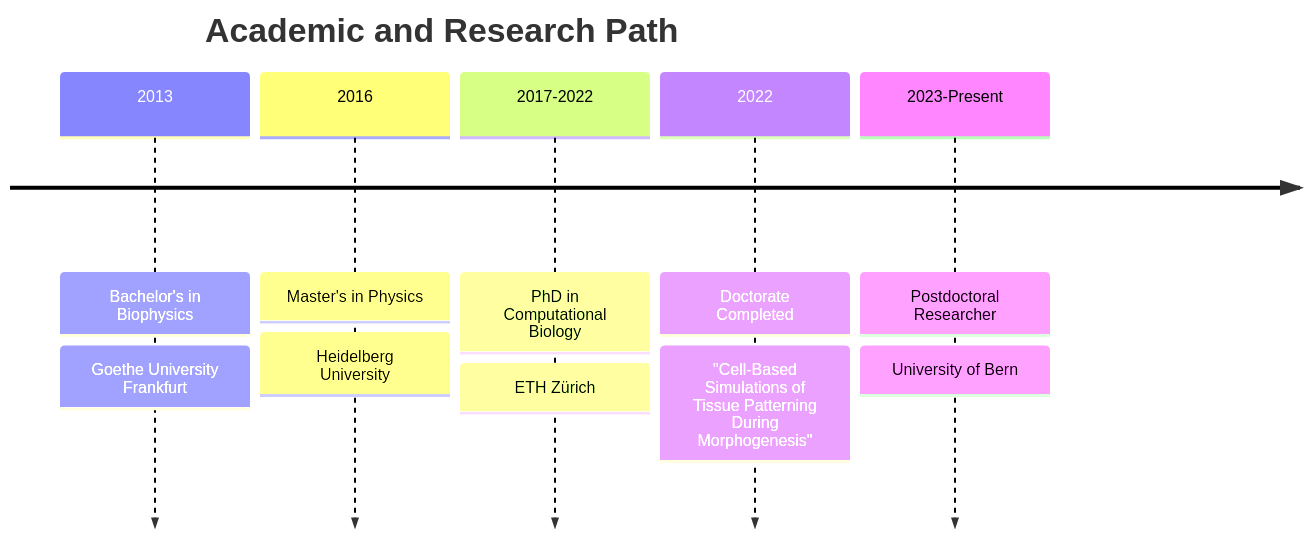
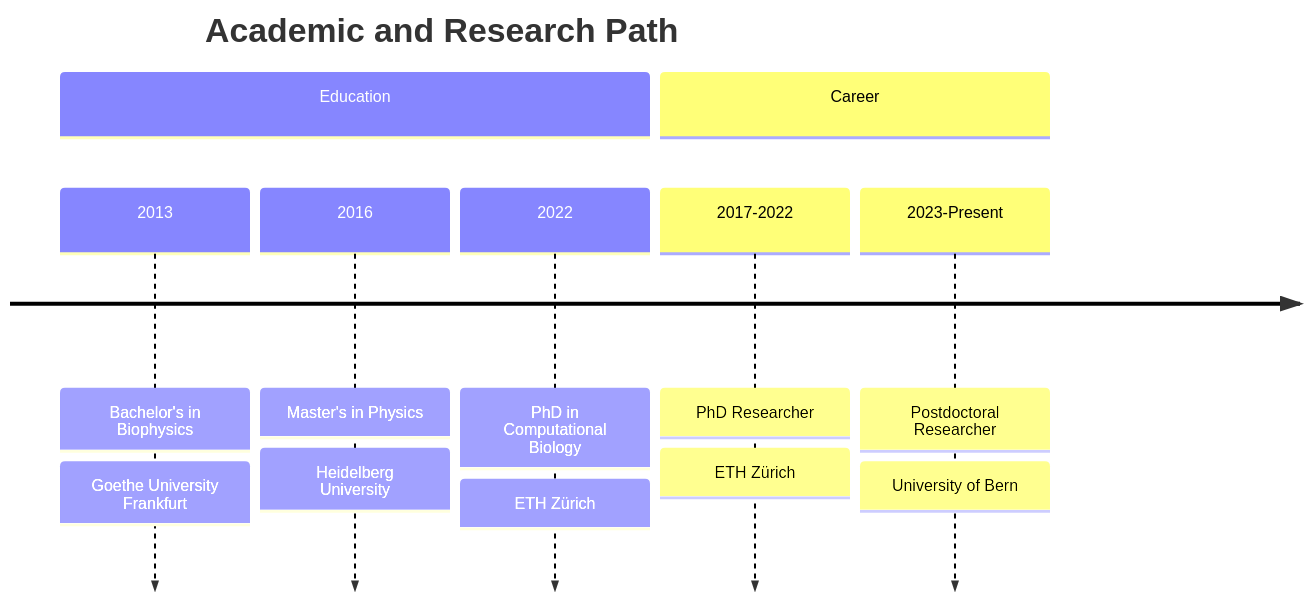
Before and after one commit to macromeer/macromeer.github.io: the second of 2 diagrams in README.md, drawn with Mermaid. The commit also changed other lines of this file, not shown here.

````diff
--- a/README.md
+++ b/README.md
@@ -55,14 +55,27 @@
 ```mermaid
+%%{init: { 
+  'theme': 'base',
+  'themeVariables': {
+    'primaryColor': '#f1a340',
+    'primaryTextColor': '#fff',
+    'primaryBorderColor': '#5D8AA8',
+    'lineColor': '#5D8AA8',
+    'secondaryColor': '#006699',
+    'tertiaryColor': '#fff'
+  }
+}%%
 timeline
     title Academic and Research Path
-    2013 : Bachelor's in Biophysics
-         : Goethe University Frankfurt
-    2016 : Master's in Physics
-         : Heidelberg University
-    2017-2022 : PhD in Computational Biology
-              : ETH Zürich
-    2022 : Doctorate Completed
-         : "Cell-Based Simulations of Tissue Patterning During Morphogenesis"
-    2023-Present : Postdoctoral Researcher
-                 : University of Bern
+    section Education
+      2013 : Bachelor's in Biophysics
+           : Goethe University Frankfurt
+      2016 : Master's in Physics
+           : Heidelberg University
+      2022 : PhD in Computational Biology
+           : ETH Zürich
+    section Career      
+      2017-2022 : PhD Researcher
+                : ETH Zürich
+      2023-Present : Postdoctoral Researcher
+                   : University of Bern
 ```
````
